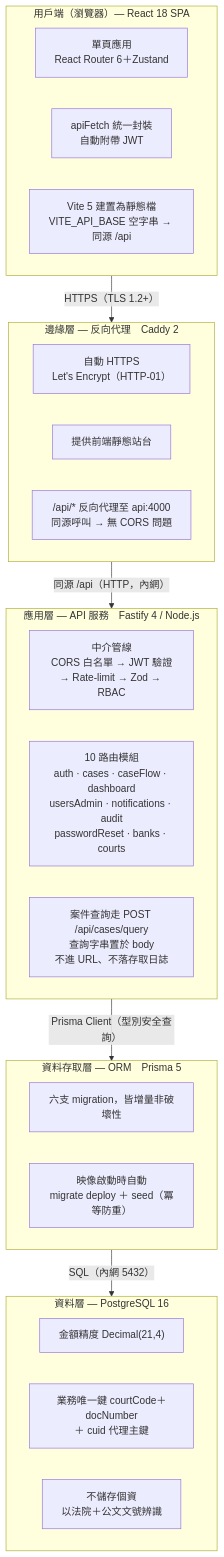
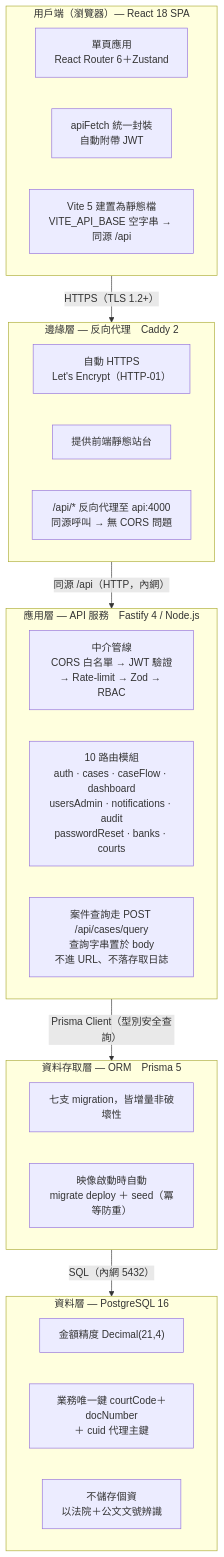
Before and after one commit to mobrick-zeng/DataExchange: the first of 5 diagrams in docs/architecture/系統技術架構圖.md, drawn with Mermaid. The commit also changed other lines of this file and 4 other files, not shown here.

````diff
--- a/docs/architecture/系統技術架構圖.md
+++ b/docs/architecture/系統技術架構圖.md
@@ -12,41 +12,41 @@
 ```mermaid
 flowchart TB
     subgraph T1["用戶端（瀏覽器）— React 18 SPA"]
         direction LR
         T1a["單頁應用<br/>React Router 6＋Zustand"]
         T1b["apiFetch 統一封裝<br/>自動附帶 JWT"]
         T1c["Vite 5 建置為靜態檔<br/>VITE_API_BASE 空字串 → 同源 /api"]
     end
 
     subgraph T2["邊緣層 — 反向代理　Caddy 2"]
         direction LR
         T2a["自動 HTTPS<br/>Let's Encrypt（HTTP-01）"]
         T2b["提供前端靜態站台"]
         T2c["/api/* 反向代理至 api:4000<br/>同源呼叫 → 無 CORS 問題"]
     end
 
     subgraph T3["應用層 — API 服務　Fastify 4 / Node.js"]
         direction LR
         T3a["中介管線<br/>CORS 白名單 → JWT 驗證<br/>→ Rate-limit → Zod → RBAC"]
         T3b["10 路由模組<br/>auth · cases · caseFlow · dashboard<br/>usersAdmin · notifications · audit<br/>passwordReset · banks · courts"]
         T3c["案件查詢走 POST /api/cases/query<br/>查詢字串置於 body<br/>不進 URL、不落存取日誌"]
     end
 
     subgraph T4["資料存取層 — ORM　Prisma 5"]
         direction LR
-        T4a["六支 migration，皆增量非破壞性"]
+        T4a["七支 migration，皆增量非破壞性"]
         T4b["映像啟動時自動<br/>migrate deploy ＋ seed（冪等防重）"]
     end
 
     subgraph T5["資料層 — PostgreSQL 16"]
         direction LR
         T5a["金額精度 Decimal(21,4)"]
         T5b["業務唯一鍵 courtCode＋docNumber<br/>＋ cuid 代理主鍵"]
         T5c["不儲存個資<br/>以法院＋公文文號辨識"]
     end
 
     T1 -- "HTTPS（TLS 1.2+）" --> T2
     T2 -- "同源 /api（HTTP，內網）" --> T3
     T3 -- "Prisma Client（型別安全查詢）" --> T4
     T4 -- "SQL（內網 5432）" --> T5
 ```
````
